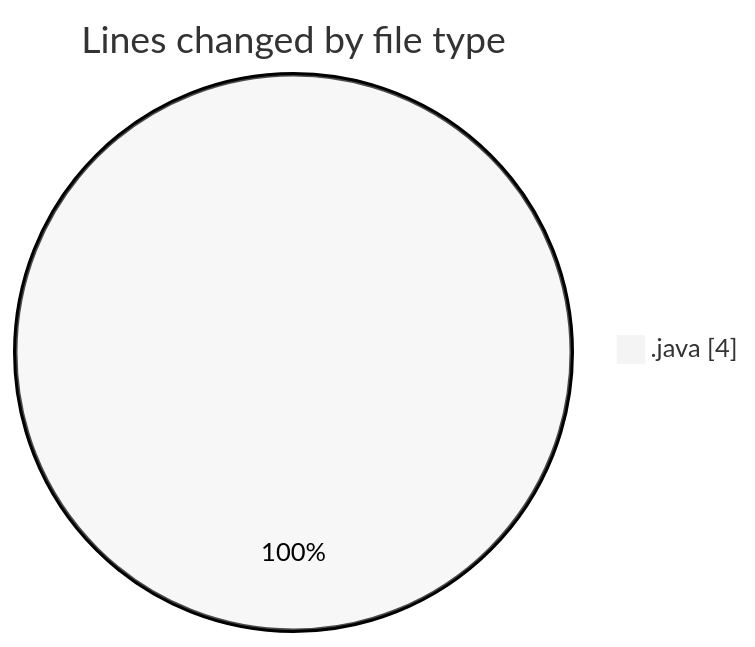
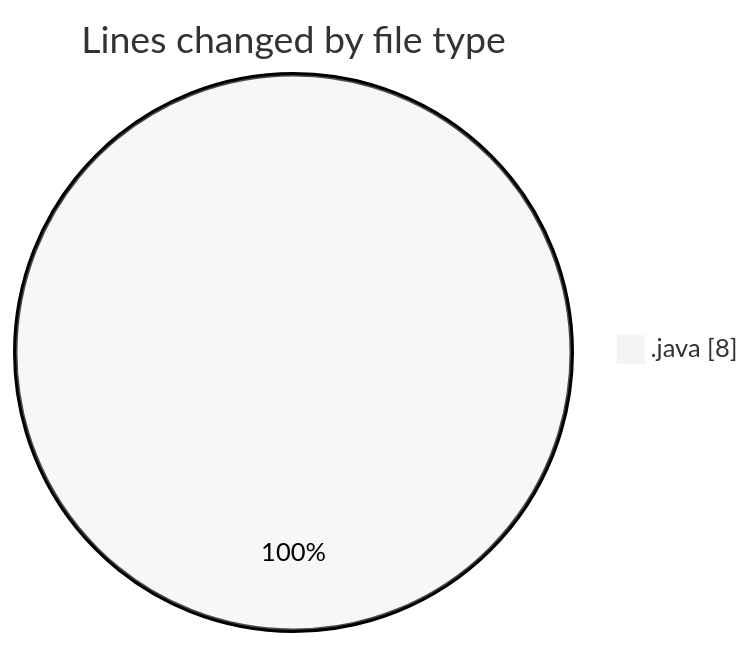
One commit to NitaiMahat/code-tracking changed the first of 2 diagrams in 2025-03-09/inventor/README.md. Above: the diagram before and after it, drawn with Mermaid (neutral theme). The commit also changed other lines of this file and 1 other file, not shown here.

````diff
--- a/2025-03-09/inventor/README.md
+++ b/2025-03-09/inventor/README.md
@@ -20,5 +20,5 @@
 ```mermaid
 pie showData
 title Lines changed by file type
-".java" : 4
+".java" : 8
 ```
````
